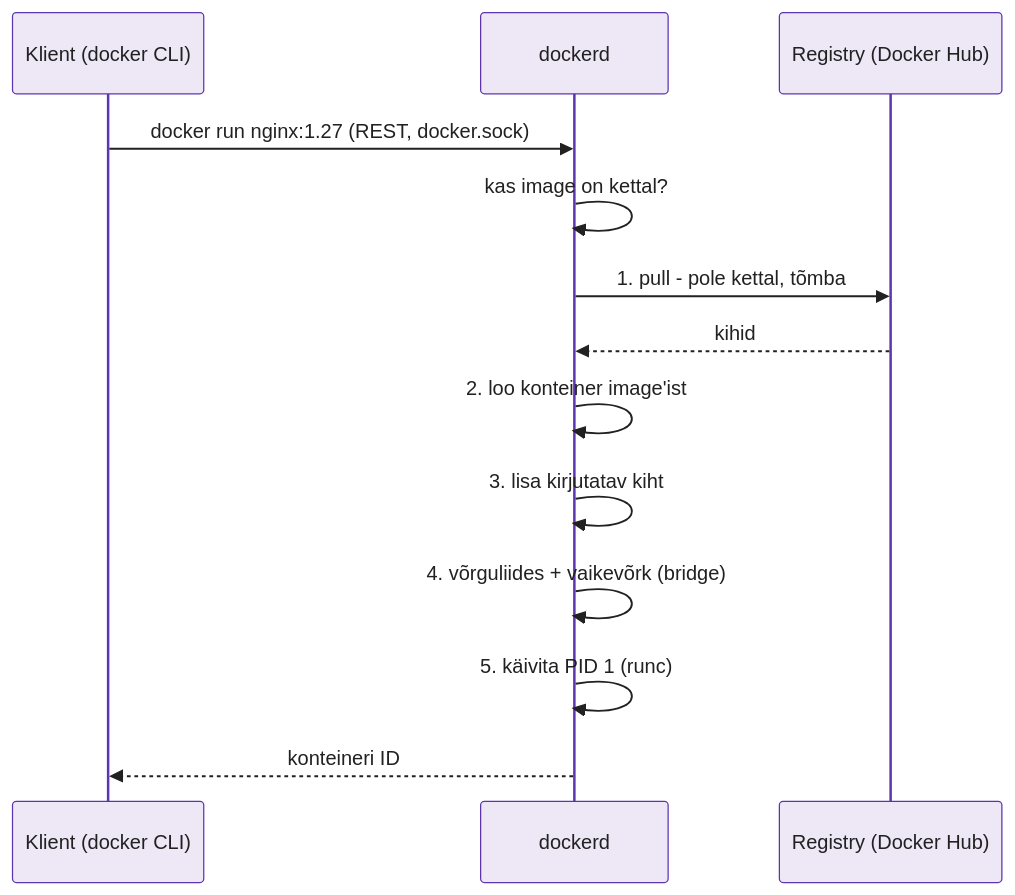
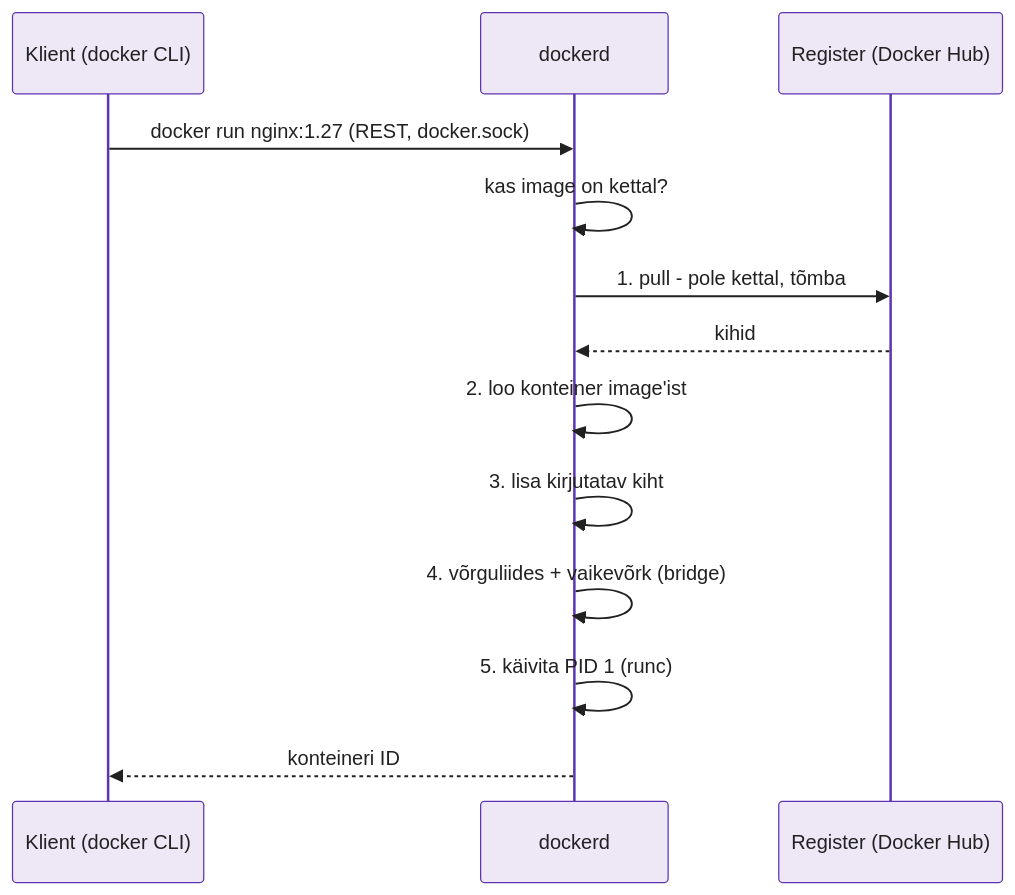
The second of 5 diagrams in docs/week05/lecture.md (hkhk-automation/devops), drawn with Mermaid before and after one commit. The commit also changed other lines of this file and 1 other file, not shown here.

Commit message:
N5 loeng: täpsemad lubadused (töötab kõikjal, sama viga), Dockerfile/image/konteiner analoogia, ehituskontekst ja EXPOSE, kopeeritavad käsud, tag'ide tabel, register registry asemel, turvasoovitused ilma garantiideta

````diff
--- a/docs/week05/lecture.md
+++ b/docs/week05/lecture.md
@@ -132,16 +132,16 @@
 ```mermaid
 %%{init: {'theme':'base','themeVariables':{'primaryColor':'#ede7f6','primaryBorderColor':'#5e35b1','primaryTextColor':'#212121','lineColor':'#7e57c2'}}}%%
 sequenceDiagram
     participant K as Klient (docker CLI)
     participant D as dockerd
-    participant R as Registry (Docker Hub)
+    participant R as Register (Docker Hub)
     K->>D: docker run nginx:1.27 (REST, docker.sock)
     D->>D: kas image on kettal?
     D->>R: 1. pull - pole kettal, tõmba
     R-->>D: kihid
     D->>D: 2. loo konteiner image'ist
     D->>D: 3. lisa kirjutatav kiht
     D->>D: 4. võrguliides + vaikevõrk (bridge)
     D->>D: 5. käivita PID 1 (runc)
     D-->>K: konteineri ID
 ```
````
